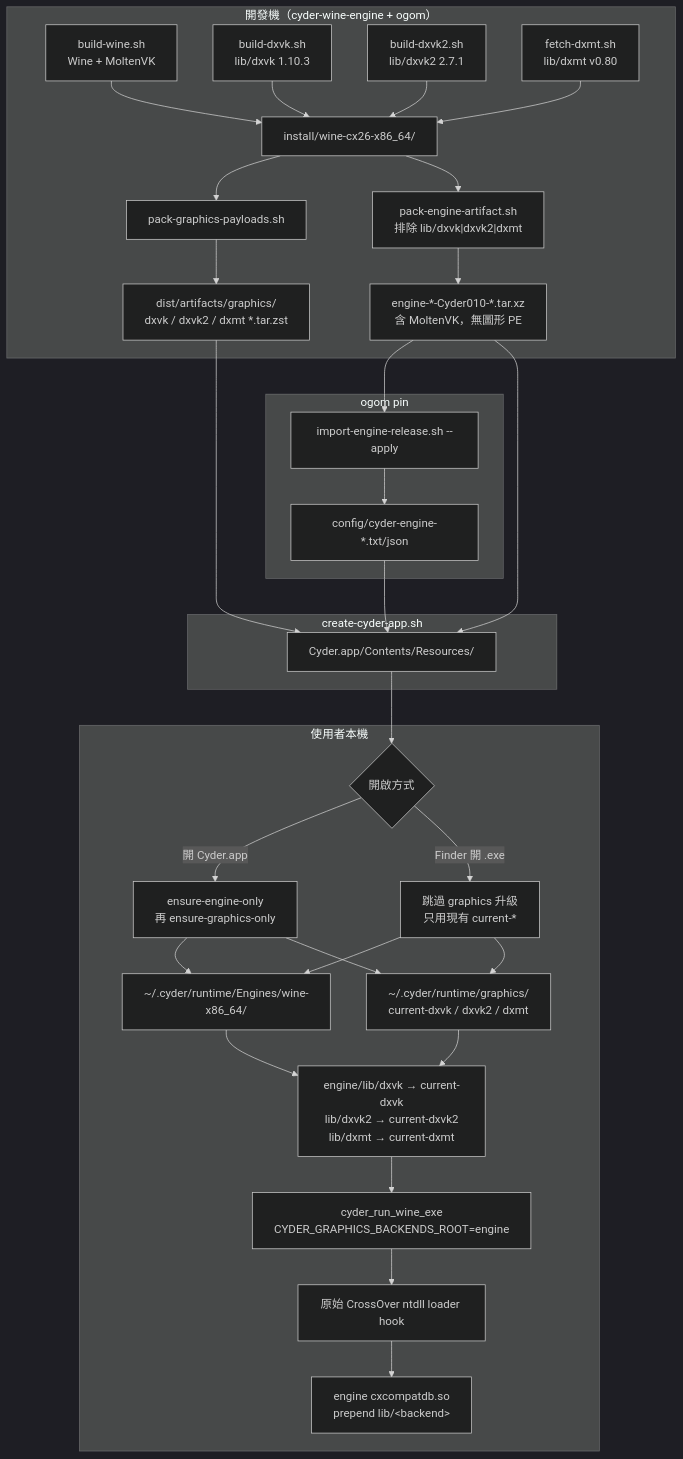
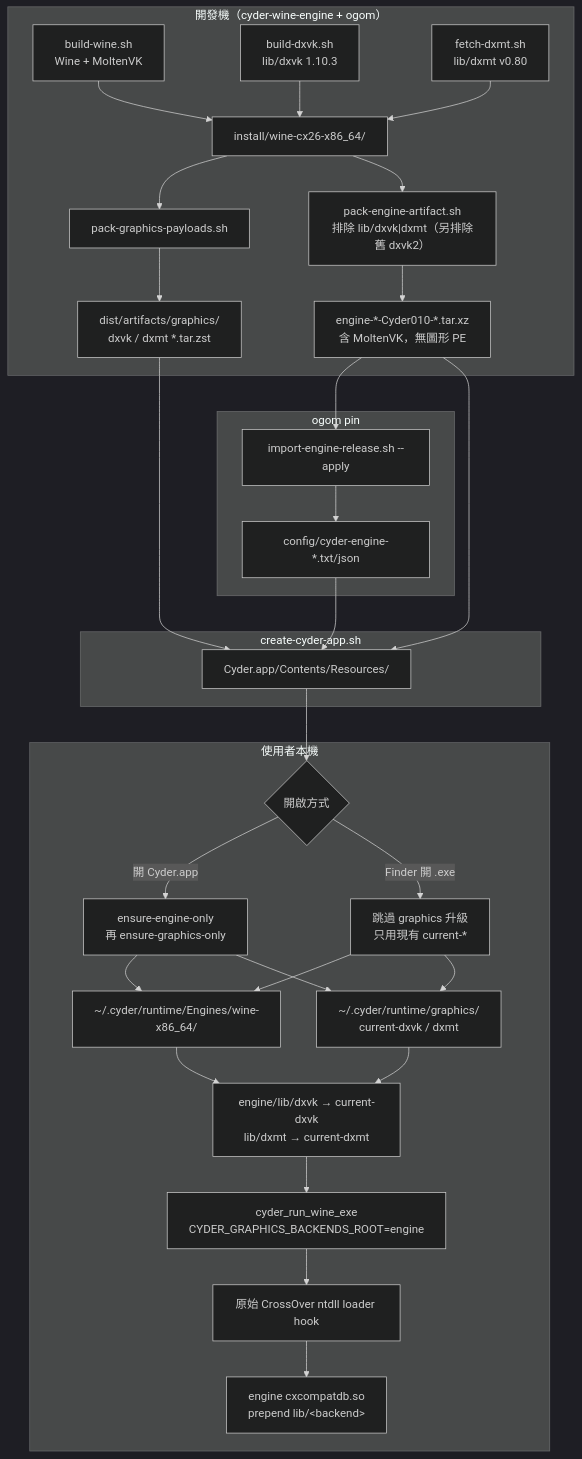
The first of 5 diagrams in docs/cyder-graphics-runtime-pipeline.zh-TW.md (dspp779/CyderBits), drawn with Mermaid (dark theme) before and after one commit. The commit also changed other lines of this file and 25 other files, not shown here.

Commit message:
chore(graphics): defer DXVK 2 backend

````diff
--- a/docs/cyder-graphics-runtime-pipeline.zh-TW.md
+++ b/docs/cyder-graphics-runtime-pipeline.zh-TW.md
@@ -23,44 +23,42 @@
 ```mermaid
 flowchart TB
   subgraph build["開發機（cyder-wine-engine + ogom）"]
     WINE["build-wine.sh<br/>Wine + MoltenVK"]
     DX1["build-dxvk.sh<br/>lib/dxvk 1.10.3"]
-    DX2["build-dxvk2.sh<br/>lib/dxvk2 2.7.1"]
     DXMT["fetch-dxmt.sh<br/>lib/dxmt v0.80"]
     WINE --> INSTALL["install/wine-cx26-x86_64/"]
     DX1 --> INSTALL
-    DX2 --> INSTALL
     DXMT --> INSTALL
     INSTALL --> PACKG["pack-graphics-payloads.sh"]
-    PACKG --> GART["dist/artifacts/graphics/<br/>dxvk / dxvk2 / dxmt *.tar.zst"]
-    INSTALL --> PACKE["pack-engine-artifact.sh<br/>排除 lib/dxvk|dxvk2|dxmt"]
+    PACKG --> GART["dist/artifacts/graphics/<br/>dxvk / dxmt *.tar.zst"]
+    INSTALL --> PACKE["pack-engine-artifact.sh<br/>排除 lib/dxvk|dxmt（另排除舊 dxvk2）"]
     PACKE --> EART["engine-*-Cyder010-*.tar.xz<br/>含 MoltenVK，無圖形 PE"]
   end
 
   subgraph pin["ogom pin"]
     IMP["import-engine-release.sh --apply"]
     EART --> IMP
     IMP --> CFG["config/cyder-engine-*.txt/json"]
   end
 
   subgraph app["create-cyder-app.sh"]
     CFG --> BUNDLE["Cyder.app/Contents/Resources/"]
     GART --> BUNDLE
     EART --> BUNDLE
   end
 
   subgraph user["使用者本機"]
     BUNDLE --> OPEN{"開啟方式"}
     OPEN -->|"開 Cyder.app"| ENS["ensure-engine-only<br/>再 ensure-graphics-only"]
     OPEN -->|"Finder 開 .exe"| SKIP["跳過 graphics 升級<br/>只用現有 current-*"]
     ENS --> ENG["~/.cyder/runtime/Engines/wine-x86_64/"]
-    ENS --> GFX["~/.cyder/runtime/graphics/<br/>current-dxvk / dxvk2 / dxmt"]
+    ENS --> GFX["~/.cyder/runtime/graphics/<br/>current-dxvk / dxmt"]
     SKIP --> ENG
     SKIP --> GFX
-    ENG --> LINK["engine/lib/dxvk → current-dxvk<br/>lib/dxvk2 → current-dxvk2<br/>lib/dxmt → current-dxmt"]
+    ENG --> LINK["engine/lib/dxvk → current-dxvk<br/>lib/dxmt → current-dxmt"]
     GFX --> LINK
     LINK --> LAUNCH["cyder_run_wine_exe<br/>CYDER_GRAPHICS_BACKENDS_ROOT=engine"]
     LAUNCH --> HOOK["原始 CrossOver ntdll loader hook"]
     HOOK --> CDB["engine cxcompatdb.so<br/>prepend lib/&lt;backend&gt;"]
   end
 ```
````
